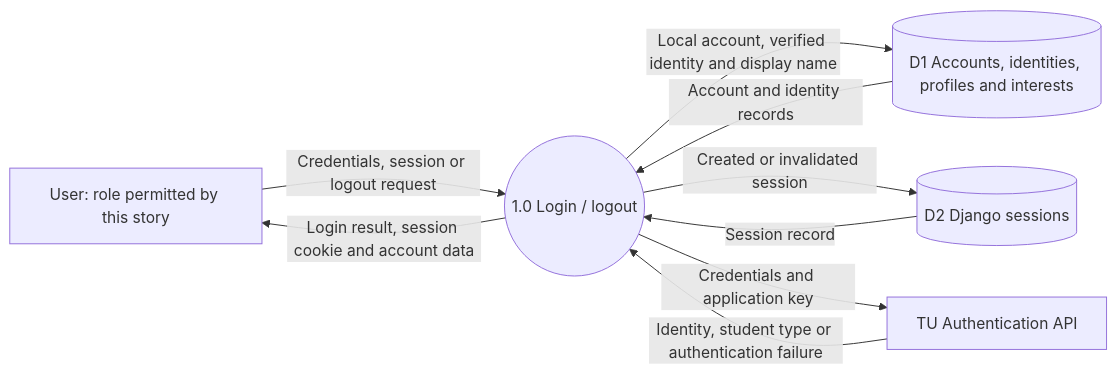
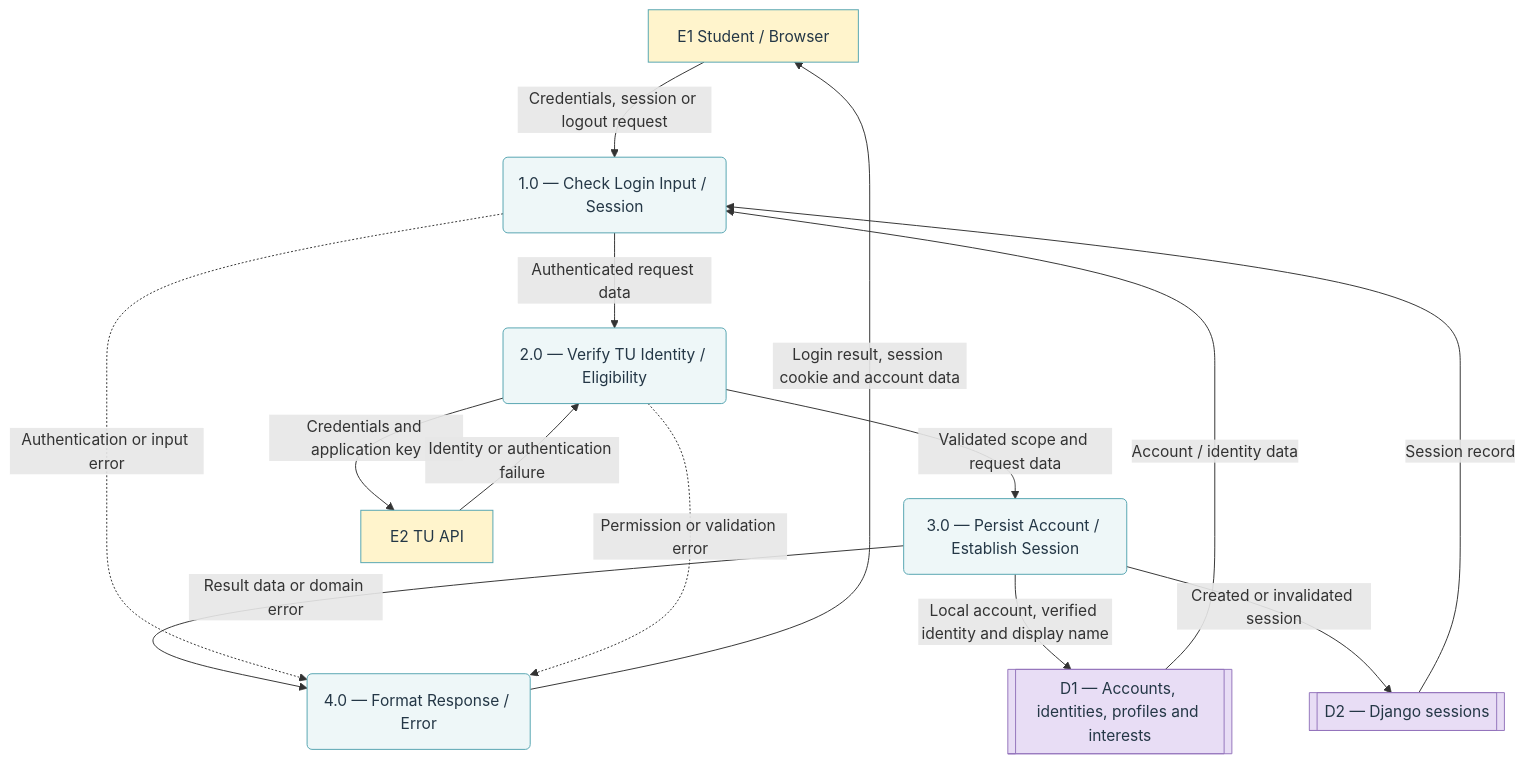
The diagram in docs/diagrams/data-flow/us1/flow.mmd (GearJP2/cs261-group2-100001), drawn with Mermaid before and after one commit. The commit also changed 40 other files, not shown here.

```diff
--- a/docs/diagrams/data-flow/us1/flow.mmd
+++ b/docs/diagrams/data-flow/us1/flow.mmd
@@ -1,14 +1,25 @@
-flowchart LR
-    U["User: role permitted by this story"]
-    P(("1.0 Login / logout"))
-    D1[("D1 Accounts, identities, profiles and interests")]
-    D2[("D2 Django sessions")]
-    U -->|"Credentials, session or logout request"| P
-    P -->|"Login result, session cookie and account data"| U
-    D1 -->|"Account and identity records"| P
-    D2 -->|"Session record"| P
-    P -->|"Local account, verified identity and display name"| D1
-    P -->|"Created or invalidated session"| D2
-    TU["TU Authentication API"]
-    P -->|"Credentials and application key"| TU
-    TU -->|"Identity, student type or authentication failure"| P
+flowchart TB
+    E["E1 Student / Browser"]:::entity
+    P1("1.0 — Check Login Input / Session"):::process
+    P2("2.0 — Verify TU Identity / Eligibility"):::process
+    P3("3.0 — Persist Account / Establish Session"):::process
+    P4("4.0 — Format Response / Error"):::process
+    E -->|"Credentials, session or logout request"| P1
+    P1 -->|"Authenticated request data"| P2
+    P2 -->|"Validated scope and request data"| P3
+    P3 -->|"Result data or domain error"| P4
+    P4 -->|"Login result, session cookie and account data"| E
+    P1 -.->|"Authentication or input error"| P4
+    P2 -.->|"Permission or validation error"| P4
+    D1[["D1 — Accounts, identities, profiles and interests"]]:::store
+    D2[["D2 — Django sessions"]]:::store
+    D1 -->|"Account / identity data"| P1
+    D2 -->|"Session record"| P1
+    P3 -->|"Local account, verified identity and display name"| D1
+    P3 -->|"Created or invalidated session"| D2
+    TU["E2 TU API"]:::entity
+    P2 -->|"Credentials and application key"| TU
+    TU -->|"Identity or authentication failure"| P2
+    classDef entity fill:#fff4cc,stroke:#55a5b1,color:#243746
+    classDef process fill:#eef7f8,stroke:#55a5b1,color:#243746
+    classDef store fill:#e8ddf5,stroke:#9475bc,color:#243746
```
